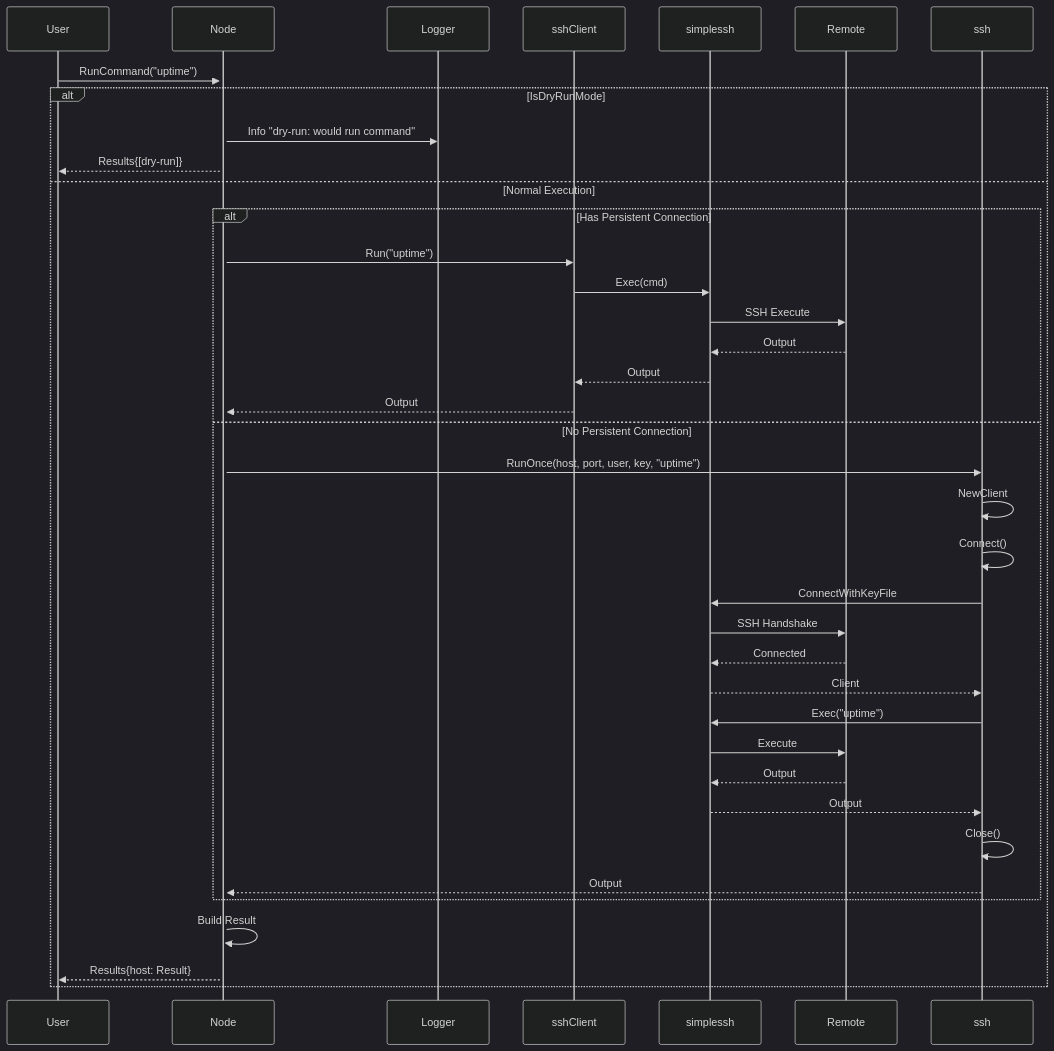
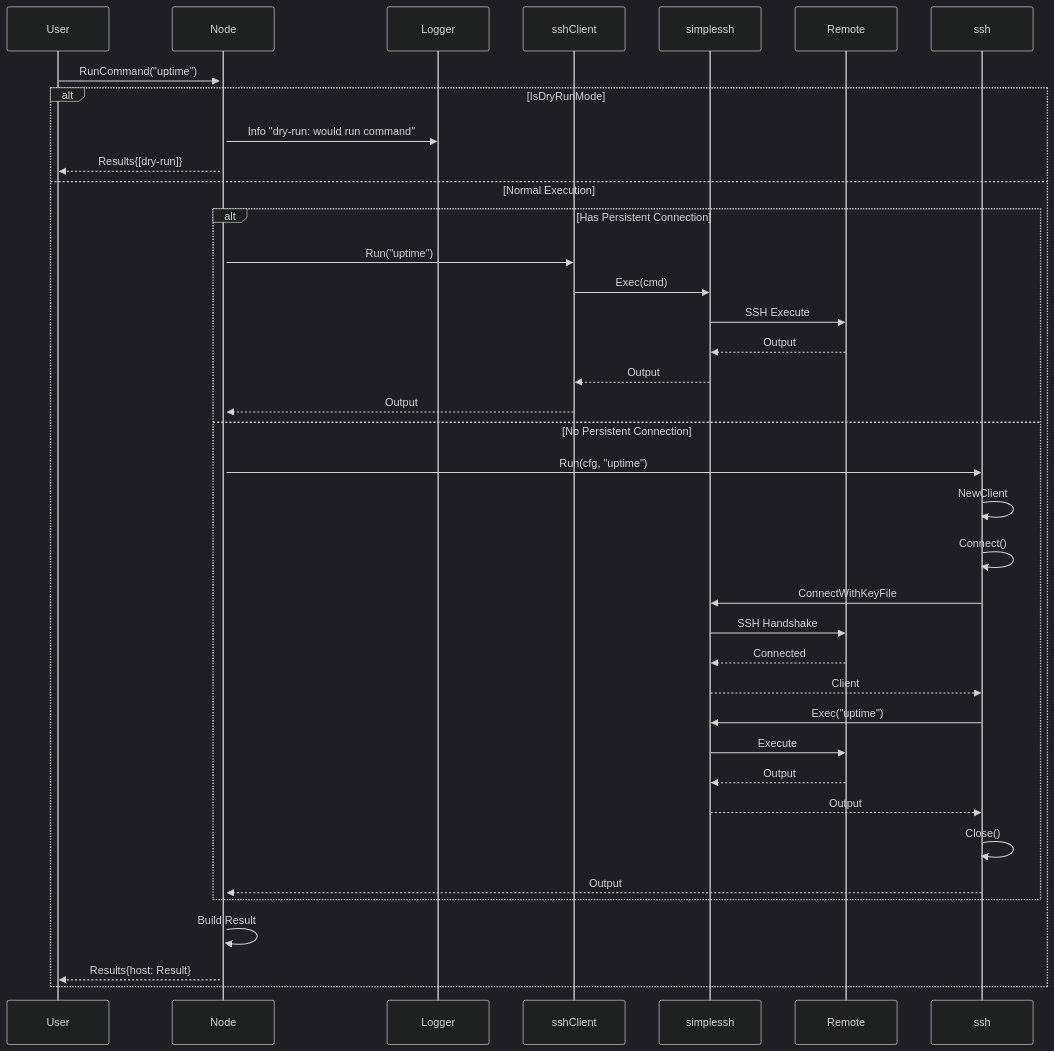
Before and after one commit to dracory/ork: the third of 14 diagrams in docs/livewiki/data_flow.md, drawn with Mermaid (dark theme). The commit also changed 94 other files, not shown here.

````diff
--- a/docs/livewiki/data_flow.md
+++ b/docs/livewiki/data_flow.md
@@ -47,35 +47,35 @@
 ```mermaid
 sequenceDiagram
     User->>+Node: RunCommand("uptime")
     
     alt IsDryRunMode
         Node->>Logger: Info "dry-run: would run command"
         Node-->>User: Results{[dry-run]}
     else Normal Execution
         alt Has Persistent Connection
             Node->>sshClient: Run("uptime")
             sshClient->>simplessh: Exec(cmd)
             simplessh->>Remote: SSH Execute
             Remote-->>simplessh: Output
             simplessh-->>sshClient: Output
             sshClient-->>Node: Output
         else No Persistent Connection
-            Node->>ssh: RunOnce(host, port, user, key, "uptime")
+            Node->>ssh: Run(cfg, "uptime")
             ssh->>ssh: NewClient
             ssh->>ssh: Connect()
             ssh->>simplessh: ConnectWithKeyFile
             simplessh->>Remote: SSH Handshake
             Remote-->>simplessh: Connected
             simplessh-->>ssh: Client
             ssh->>simplessh: Exec("uptime")
             simplessh->>Remote: Execute
             Remote-->>simplessh: Output
             simplessh-->>ssh: Output
             ssh->>ssh: Close()
             ssh-->>Node: Output
         end
         
         Node->>Node: Build Result
         Node-->>User: Results{host: Result}
     end
 ```
````
